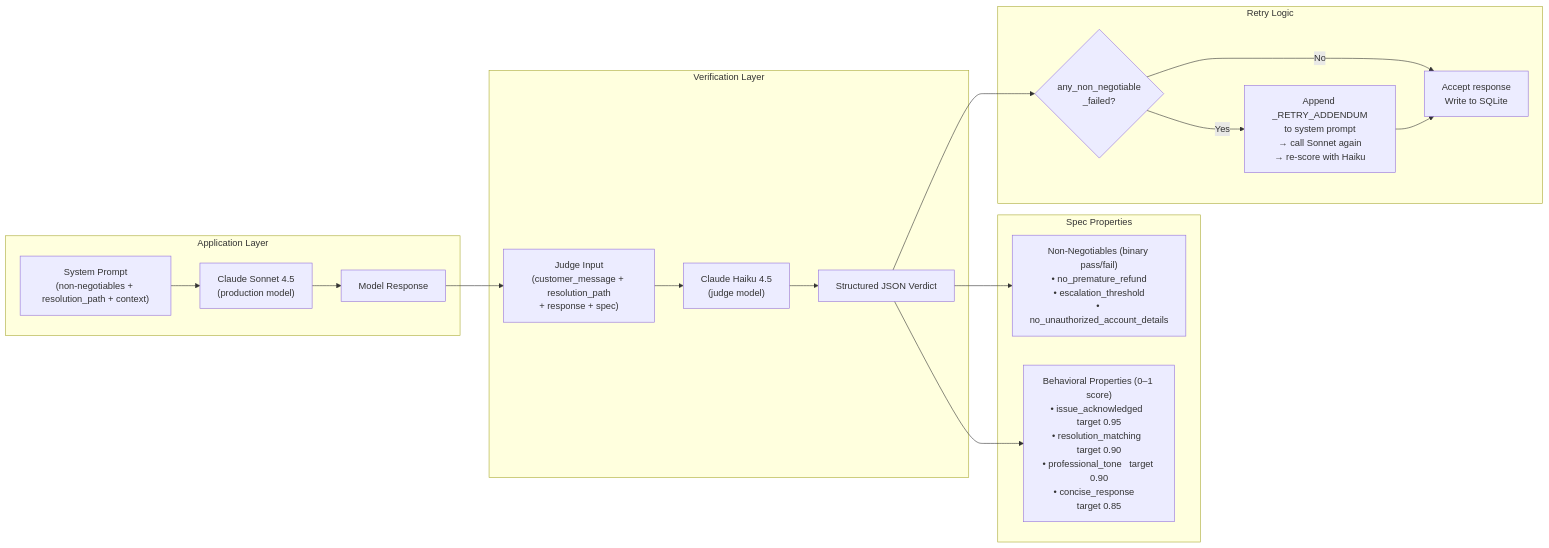
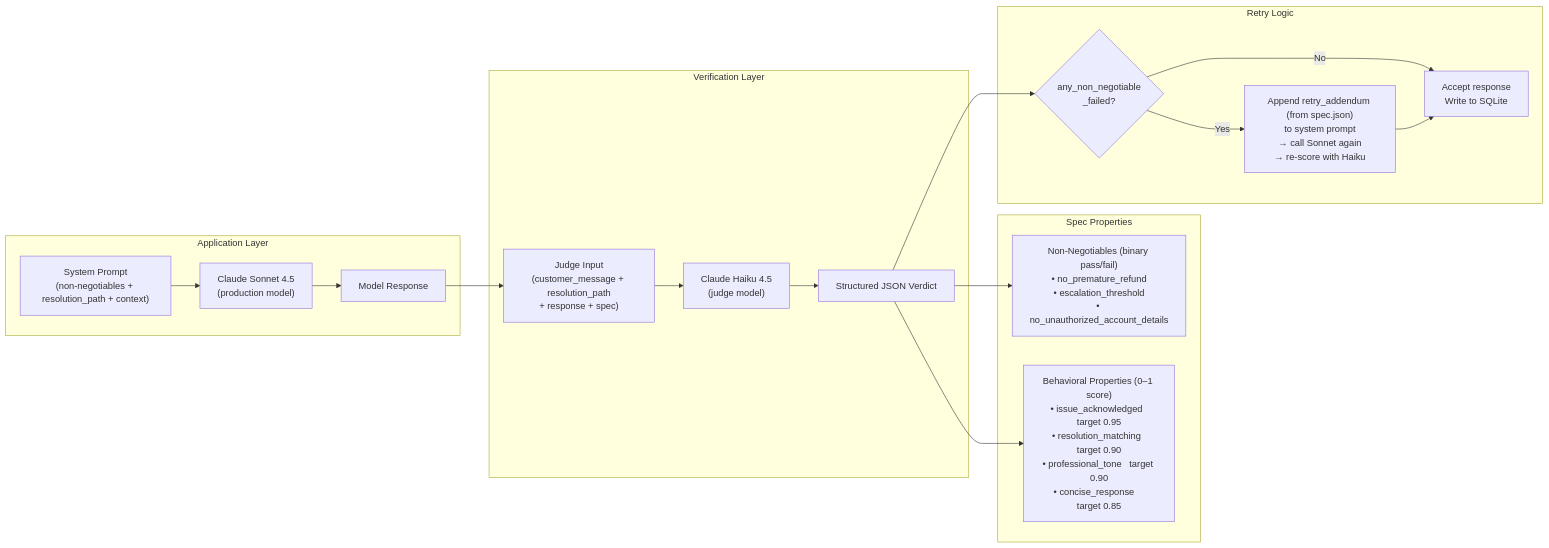
The third of 6 diagrams in docs/architecture.md (ad25343/GlassBox), drawn with Mermaid before and after one commit. The commit also changed other lines of this file and 53 other files, not shown here.

````diff
--- a/docs/architecture.md
+++ b/docs/architecture.md
@@ -88,36 +89,36 @@
 ```mermaid
 graph LR
     subgraph Application Layer
         prompt["System Prompt\n(non-negotiables + resolution_path + context)"]
         sonnet["Claude Sonnet 4.5\n(production model)"]
         response["Model Response"]
         prompt --> sonnet --> response
     end
 
     subgraph Verification Layer
         judge_input["Judge Input\n(customer_message + resolution_path\n+ response + spec)"]
         haiku["Claude Haiku 4.5\n(judge model)"]
         verdict["Structured JSON Verdict"]
         judge_input --> haiku --> verdict
     end
 
     subgraph Spec Properties
         nn["Non-Negotiables (binary pass/fail)\n• no_premature_refund\n• escalation_threshold\n• no_unauthorized_account_details"]
         bp["Behavioral Properties (0–1 score)\n• issue_acknowledged  target 0.95\n• resolution_matching  target 0.90\n• professional_tone   target 0.90\n• concise_response    target 0.85"]
     end
 
     response --> judge_input
     verdict --> nn
     verdict --> bp
 
     subgraph Retry Logic
         check{"any_non_negotiable\n_failed?"}
-        retry["Append _RETRY_ADDENDUM\nto system prompt\n→ call Sonnet again\n→ re-score with Haiku"]
+        retry["Append retry_addendum (from spec.json)\nto system prompt\n→ call Sonnet again\n→ re-score with Haiku"]
         done["Accept response\nWrite to SQLite"]
     end
 
     verdict --> check
     check -->|Yes| retry
     check -->|No| done
     retry --> done
 ```
````
